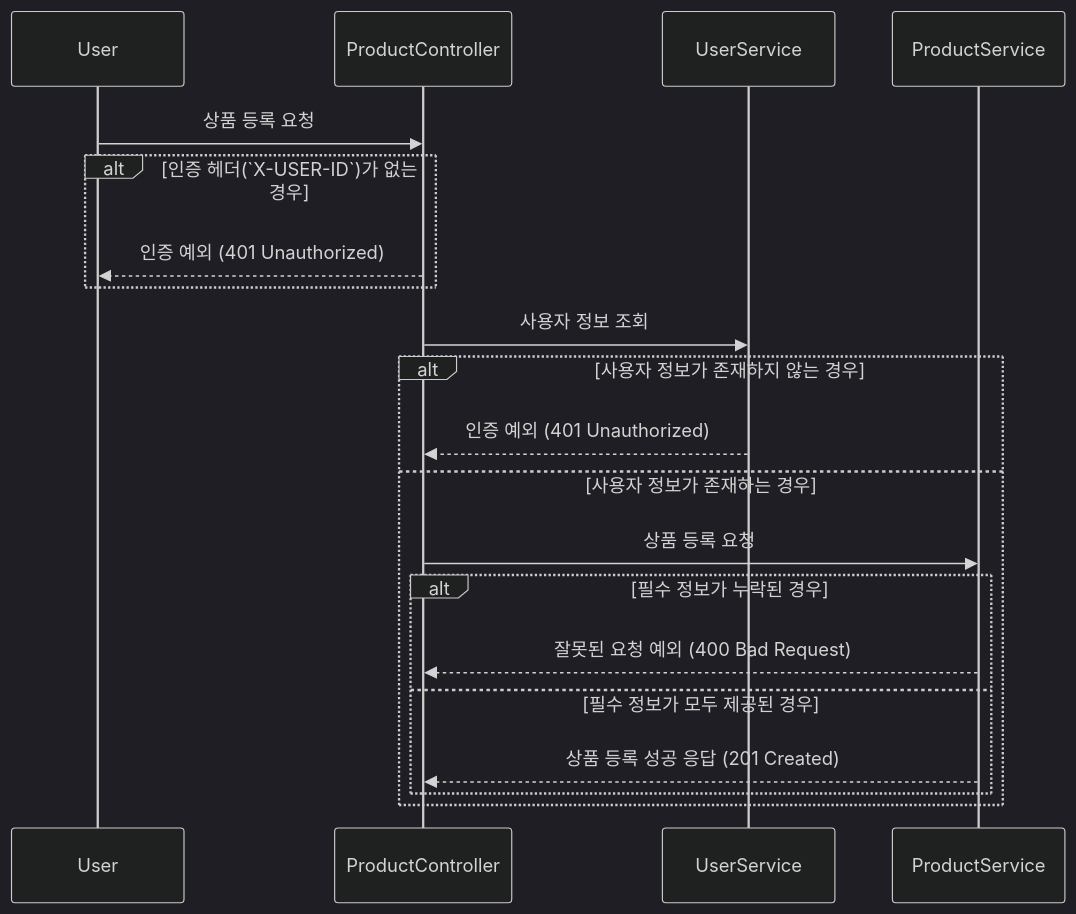
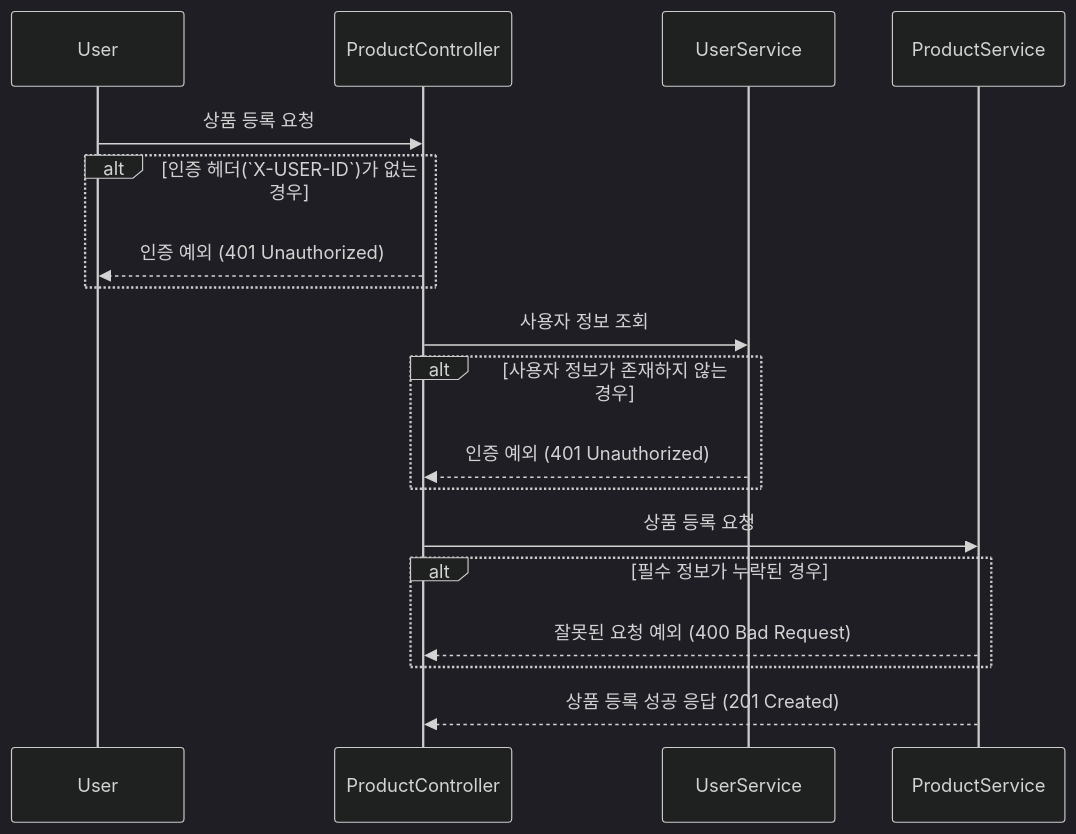
Before and after one commit to kiekk/gamsung-commerce: the third of 3 diagrams in docs/design/02-sequence-diagrams/product.md, drawn with Mermaid (dark theme). The commit also changed other lines of this file, not shown here.

First line of the commit message:
docs: 상품 시퀀스 다이어그램 수정

````diff
--- a/docs/design/02-sequence-diagrams/product.md
+++ b/docs/design/02-sequence-diagrams/product.md
@@ -55,22 +51,20 @@
 ```mermaid
 sequenceDiagram
     participant User
     participant ProductController
     participant UserService
     participant ProductService
     User ->> ProductController: 상품 등록 요청
     alt 인증 헤더(`X-USER-ID`)가 없는 경우
         ProductController -->> User: 인증 예외 (401 Unauthorized)
     end
     ProductController ->> UserService: 사용자 정보 조회
     alt 사용자 정보가 존재하지 않는 경우
         UserService -->> ProductController: 인증 예외 (401 Unauthorized)
-    else 사용자 정보가 존재하는 경우
-        ProductController ->> ProductService: 상품 등록 요청
-        alt 필수 정보가 누락된 경우
-            ProductService -->> ProductController: 잘못된 요청 예외 (400 Bad Request)
-        else 필수 정보가 모두 제공된 경우
-            ProductService -->> ProductController: 상품 등록 성공 응답 (201 Created)
-        end
     end
+    ProductController ->> ProductService: 상품 등록 요청
+    alt 필수 정보가 누락된 경우
+        ProductService -->> ProductController: 잘못된 요청 예외 (400 Bad Request)
+    end
+    ProductService -->> ProductController: 상품 등록 성공 응답 (201 Created)
 ```
````
